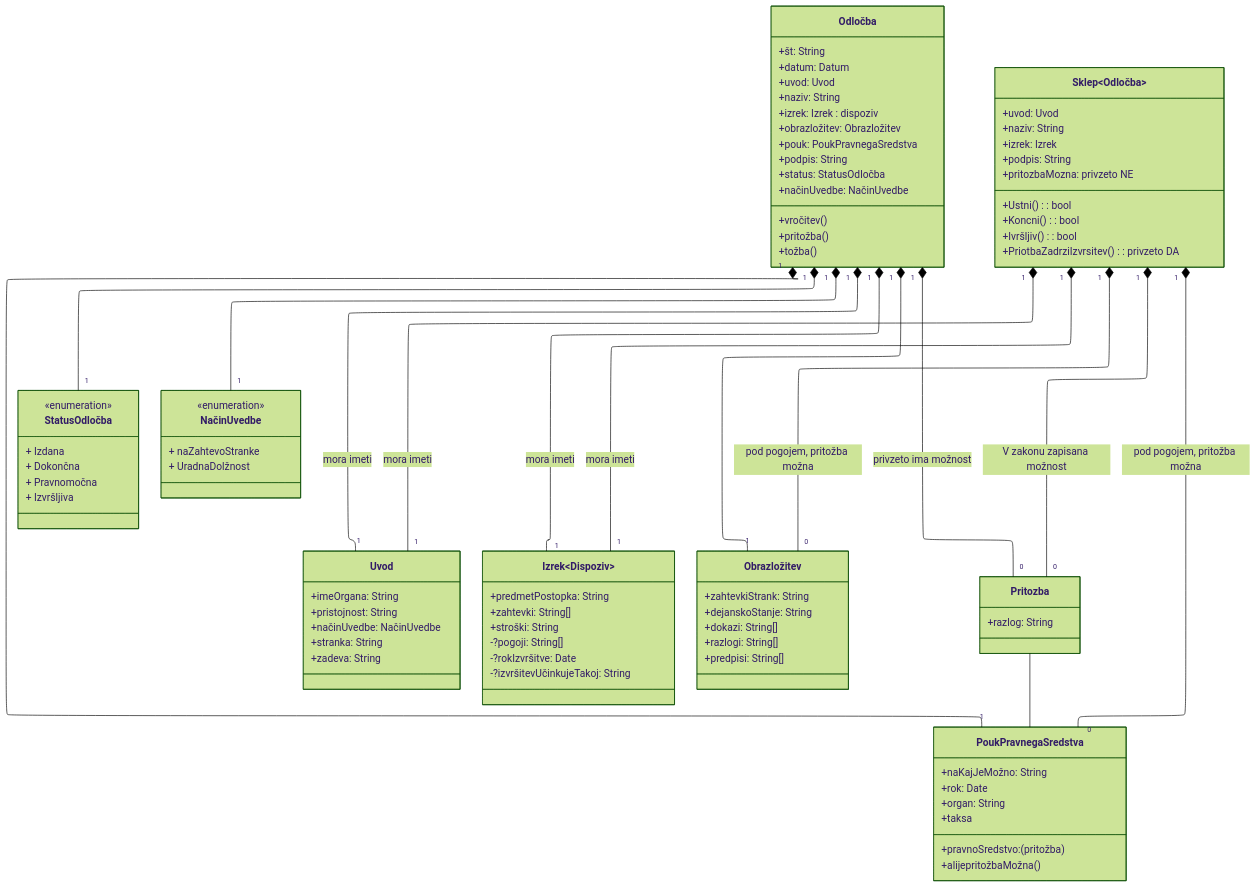
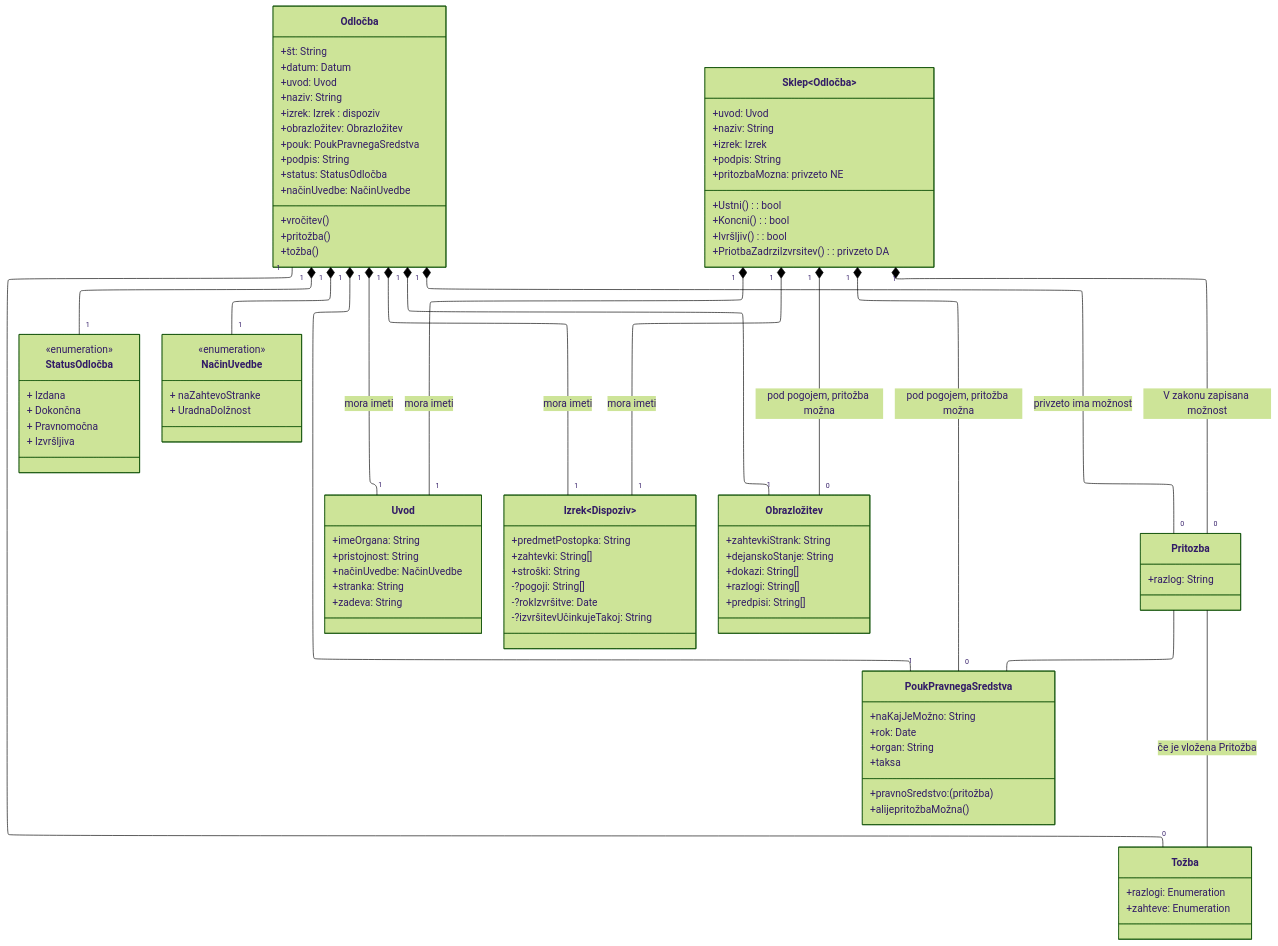
Before and after one commit to jernejiv/ZUP: the diagram in class/odlocba.md, drawn with Mermaid (forest theme).

Commit message:
Update odlocba.md - dodaj tožbo

```diff
--- a/class/odlocba.md
+++ b/class/odlocba.md
@@ -75,6 +75,11 @@
     +razlog: String
 }
 
+class Tožba{
+    +razlogi: Enumeration
+    +zahteve: Enumeration
+}
+
 class Sklep~Odločba~ {
     +uvod: Uvod
     +naziv: String
@@ -88,6 +93,8 @@
 }
 
 Pritozba -- PoukPravnegaSredstva
+Pritozba -- Tožba : če je vložena Pritožba
+Tožba "0" -- "1" Odločba
 
 Odločba "1" *-- "1" Uvod: mora imeti
 Odločba "1" *-- "1" Izrek: mora imeti
```
